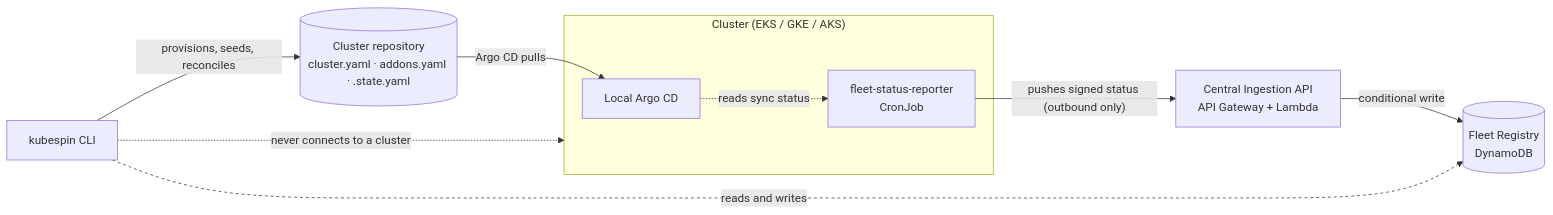
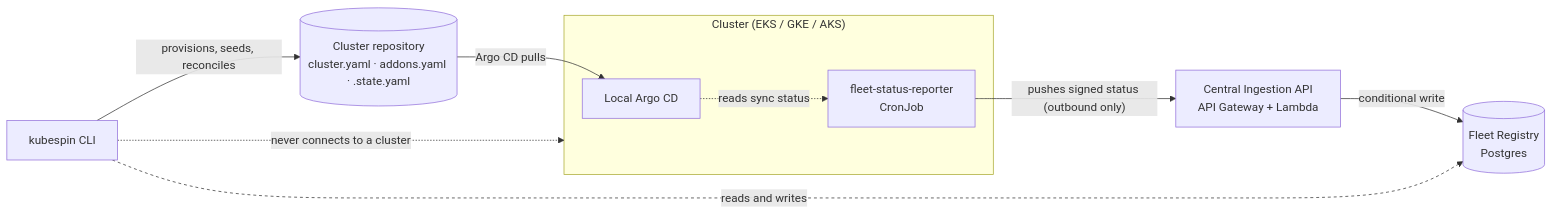
One commit to GitOpsHub/kubespin changed the first of 2 diagrams in docs/architecture.md. Above: the diagram before and after it, drawn with Mermaid. The commit also changed other lines of this file and 80 other files, not shown here.

First line of the commit message:
Refactor registry implementation to use Postgres

````diff
--- a/docs/architecture.md
+++ b/docs/architecture.md
@@ -20,22 +20,22 @@
 ```mermaid
 flowchart LR
     subgraph cluster["Cluster (EKS / GKE / AKS)"]
         argo["Local Argo CD"]
         reporter["fleet-status-reporter<br/>CronJob"]
         argo -.->|reads sync status| reporter
     end
 
     repo[("Cluster repository<br/>cluster.yaml · addons.yaml · .state.yaml")]
     ingest["Central Ingestion API<br/>API Gateway + Lambda"]
-    registry[("Fleet Registry<br/>DynamoDB")]
+    registry[("Fleet Registry<br/>Postgres")]
     cli["kubespin CLI"]
 
     repo -->|Argo CD pulls| argo
     reporter -->|"pushes signed status (outbound only)"| ingest
     ingest -->|conditional write| registry
     cli -->|"provisions, seeds, reconciles"| repo
     cli -->|reads and writes| registry
     cli -.->|"never connects to a cluster"| cluster
 
     linkStyle 5 stroke-dasharray: 4 4
 ```
````
